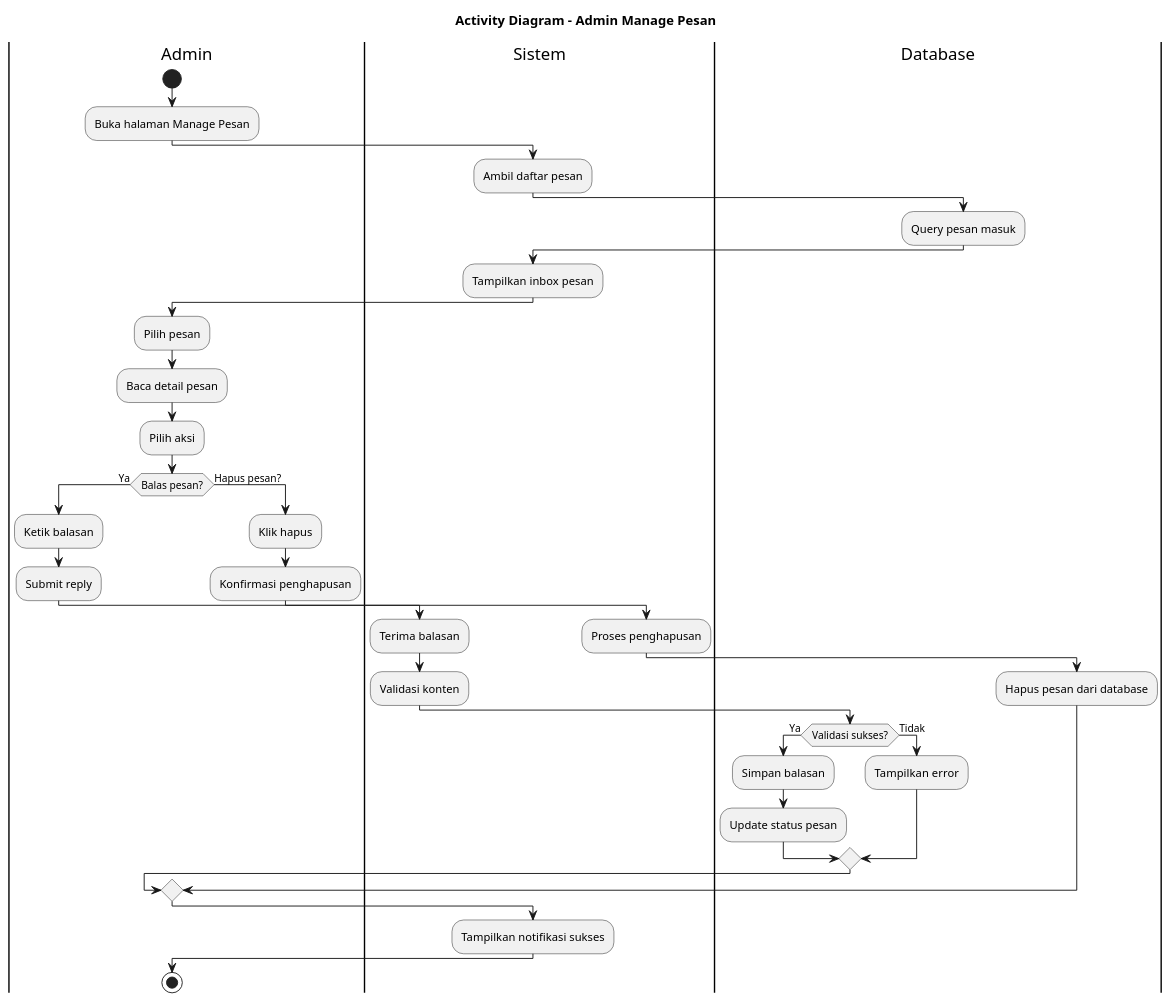
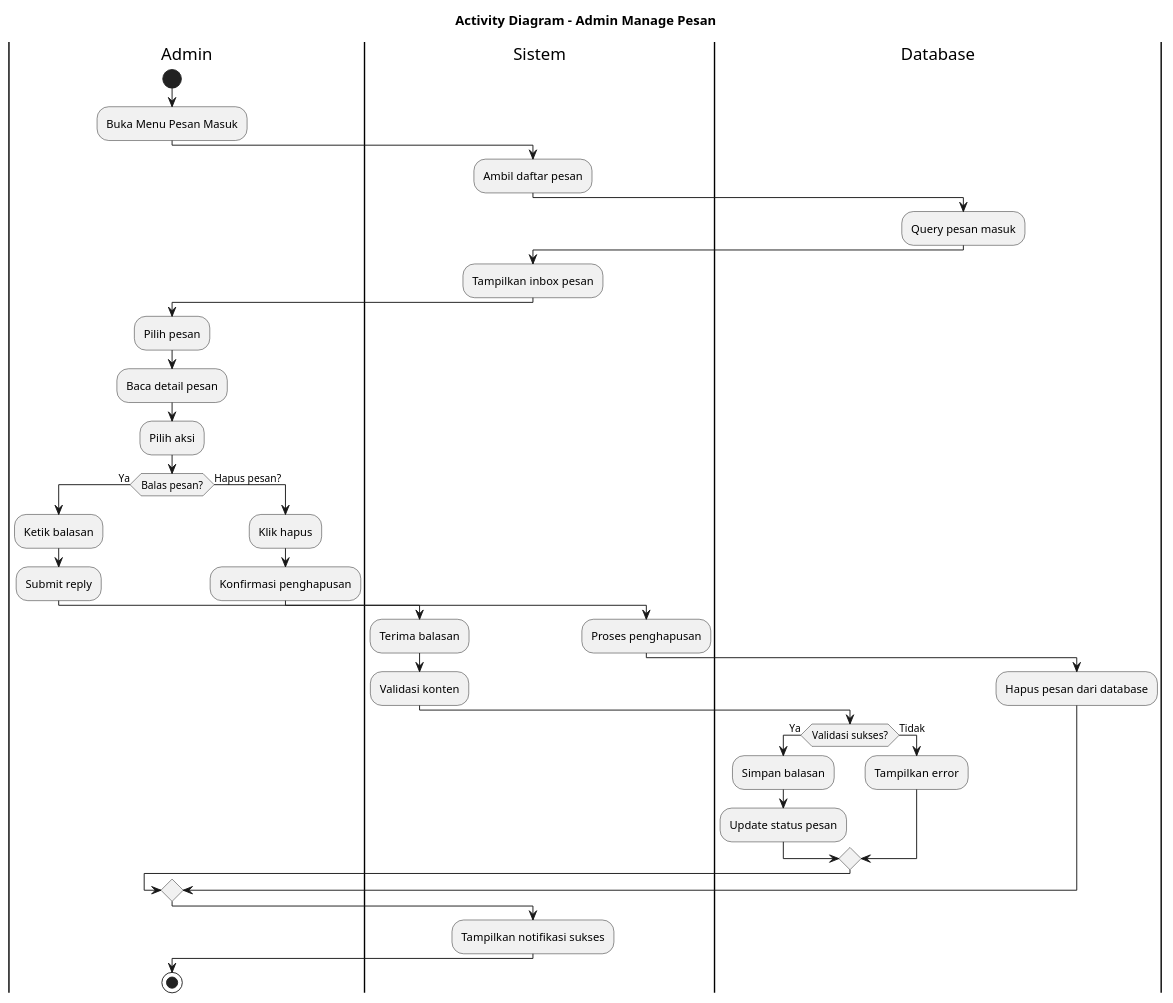
Before and after one commit to jaddu17/capstonepmikp: the diagram in diagram/activitydiagram_admin_manage_pesan.puml, drawn with PlantUML. The commit also changed 20 other files, not shown here.

```diff
--- a/diagram/activitydiagram_admin_manage_pesan.puml
+++ b/diagram/activitydiagram_admin_manage_pesan.puml
@@ -1,58 +1,58 @@
 @startuml ACTIVITY_DIAGRAM_ADMIN_MANAGE_PESAN
 title Activity Diagram - Admin Manage Pesan
 
 |Admin|
 start
-:Buka halaman Manage Pesan;
+:Buka Menu Pesan Masuk;
 
 |Sistem|
 :Ambil daftar pesan;
 
 |Database|
 :Query pesan masuk;
 
 |Sistem|
 :Tampilkan inbox pesan;
 
 |Admin|
 :Pilih pesan;
 :Baca detail pesan;
 
 |Admin|
 :Pilih aksi;
 if (Balas pesan?) then (Ya)
   :Ketik balasan;
   :Submit reply;
   
   |Sistem|
   :Terima balasan;
   :Validasi konten;
 
   |Database|
   if (Validasi sukses?) then (Ya)
     :Simpan balasan;
     :Update status pesan;
   else (Tidak)
     :Tampilkan error;
   endif
 
 else (Hapus pesan?)
   |Admin|
   :Klik hapus;
   :Konfirmasi penghapusan;
 
   |Sistem|
   :Proses penghapusan;
 
   |Database|
   :Hapus pesan dari database;
 
 endif
 
 |Sistem|
 :Tampilkan notifikasi sukses;
 
 |Admin|
 stop
 
 @enduml
```
